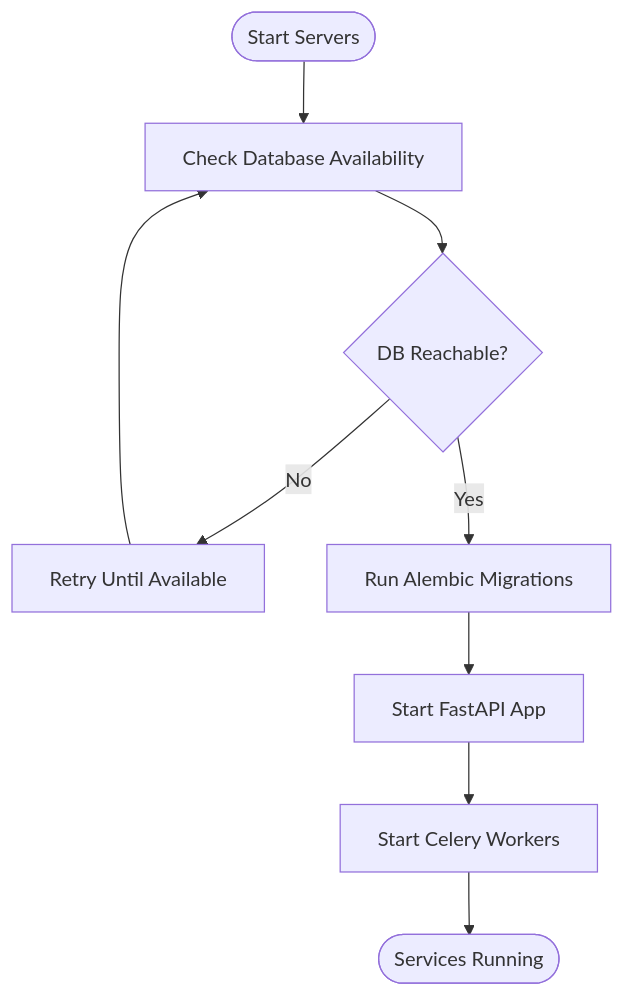
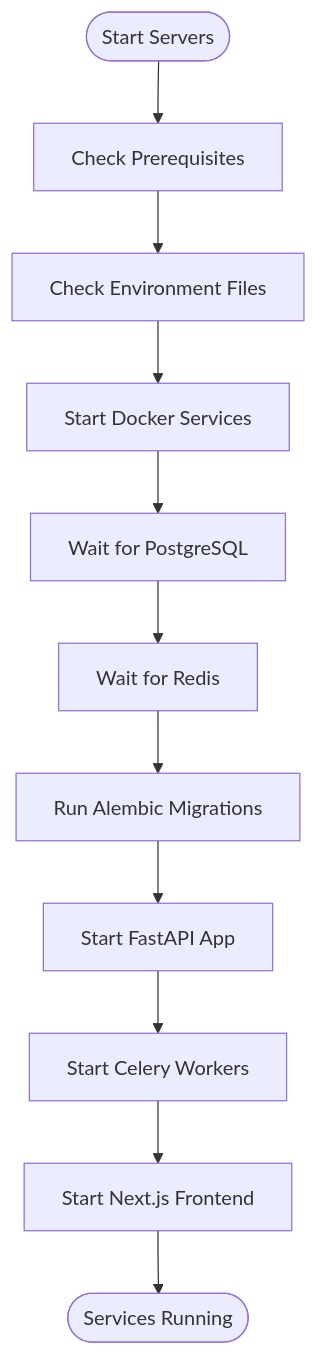
Before and after one commit to userisaziz/samaa-ai: the fifth of 6 diagrams in .qoder/repowiki/en/content/Configuration & Environment Management.md, drawn with Mermaid. The commit also changed other lines of this file and 2 other files, not shown here.

First line of the commit message:
docs(configuration): update configuration and environment management documentation

````diff
--- a/.qoder/repowiki/en/content/Configuration & Environment Management.md
+++ b/.qoder/repowiki/en/content/Configuration & Environment Management.md
@@ -259,11 +386,13 @@
 ```mermaid
 flowchart TD
-Start(["Start Servers"]) --> CheckDB["Check Database Availability"]
-CheckDB --> DBOK{"DB Reachable?"}
-DBOK --> |No| RetryDB["Retry Until Available"]
-RetryDB --> CheckDB
-DBOK --> |Yes| RunMigrations["Run Alembic Migrations"]
+Start(["Start Servers"]) --> CheckPrereqs["Check Prerequisites"]
+CheckPrereqs --> CheckEnv["Check Environment Files"]
+CheckEnv --> StartDocker["Start Docker Services"]
+StartDocker --> WaitDB["Wait for PostgreSQL"]
+WaitDB --> WaitRedis["Wait for Redis"]
+WaitRedis --> RunMigrations["Run Alembic Migrations"]
 RunMigrations --> StartAPI["Start FastAPI App"]
 StartAPI --> StartWorkers["Start Celery Workers"]
-StartWorkers --> Done(["Services Running"])
+StartWorkers --> StartWeb["Start Next.js Frontend"]
+StartWeb --> Done(["Services Running"])
 ```
````
